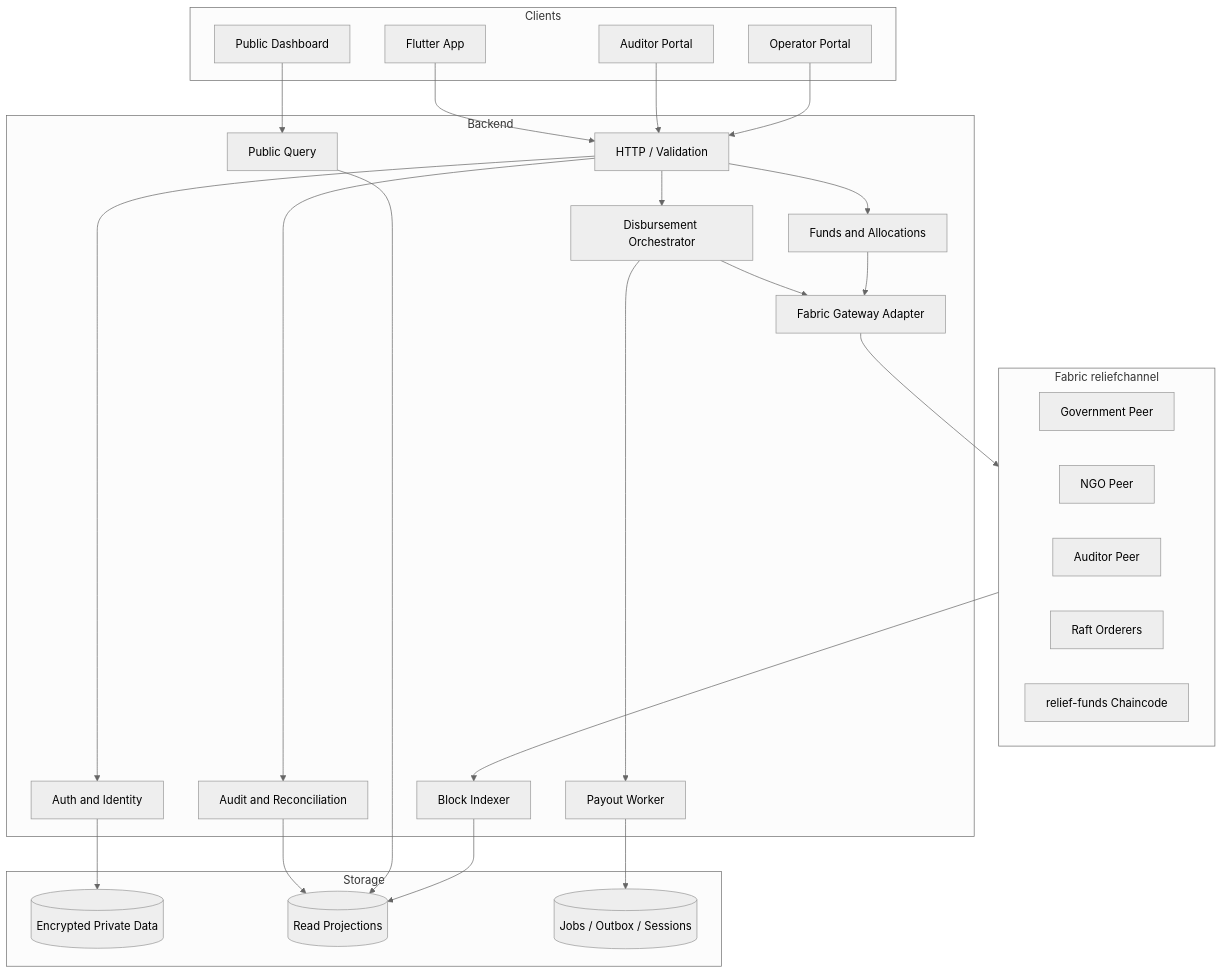
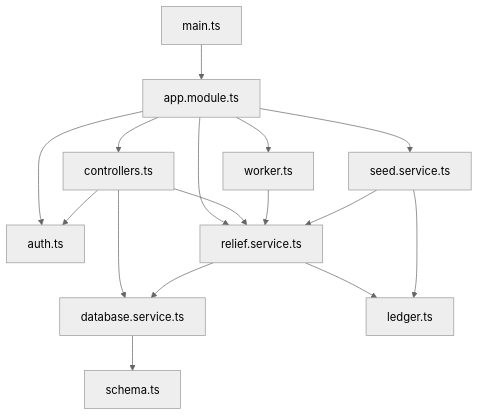
Before and after one commit to kensh1ken/ReliefChain: the second of 4 diagrams in ARCHITECTURE.md, drawn with Mermaid (neutral theme). The commit also changed other lines of this file, not shown here.

````diff
--- a/ARCHITECTURE.md
+++ b/ARCHITECTURE.md
@@ -49,50 +57,19 @@
 ```mermaid
 flowchart TB
-    subgraph Clients
-      PublicUI[Public Dashboard]
-      OperatorUI[Operator Portal]
-      AuditorUI[Auditor Portal]
-      BeneficiaryUI[Flutter App]
-    end
-    subgraph Backend
-      Gateway[HTTP / Validation]
-      Auth[Auth and Identity]
-      Funds[Funds and Allocations]
-      Disbursement[Disbursement Orchestrator]
-      PublicQuery[Public Query]
-      Audit[Audit and Reconciliation]
-      Worker[Payout Worker]
-      Ledger[Fabric Gateway Adapter]
-      Indexer[Block Indexer]
-    end
-    subgraph Storage
-      PrivateDB[(Encrypted Private Data)]
-      ProjectionDB[(Read Projections)]
-      OpsDB[(Jobs / Outbox / Sessions)]
-    end
-    subgraph FabricNetwork[Fabric reliefchannel]
-      GovPeer[Government Peer]
-      NgoPeer[NGO Peer]
-      AuditPeer[Auditor Peer]
-      Orderers[Raft Orderers]
-      Chaincode[relief-funds Chaincode]
-    end
-    PublicUI --> PublicQuery
-    OperatorUI --> Gateway
-    AuditorUI --> Gateway
-    BeneficiaryUI --> Gateway
-    Gateway --> Auth
-    Gateway --> Funds
-    Gateway --> Disbursement
-    Gateway --> Audit
-    Auth --> PrivateDB
-    Disbursement --> Worker
-    Worker --> OpsDB
-    Funds --> Ledger
-    Disbursement --> Ledger
-    Ledger --> FabricNetwork
-    FabricNetwork --> Indexer
-    Indexer --> ProjectionDB
-    PublicQuery --> ProjectionDB
-    Audit --> ProjectionDB
+    Main[main.ts] --> Module[app.module.ts]
+    Module --> Controllers[controllers.ts]
+    Module --> Auth[auth.ts]
+    Module --> Relief[relief.service.ts]
+    Module --> Worker[worker.ts]
+    Module --> Seed[seed.service.ts]
+
+    Controllers --> Auth
+    Controllers --> Relief
+    Controllers --> Database[database.service.ts]
+    Relief --> Database
+    Relief --> Ledger[ledger.ts]
+    Worker --> Relief
+    Seed --> Relief
+    Seed --> Ledger
+    Database --> Schema[schema.ts]
 ```
````
